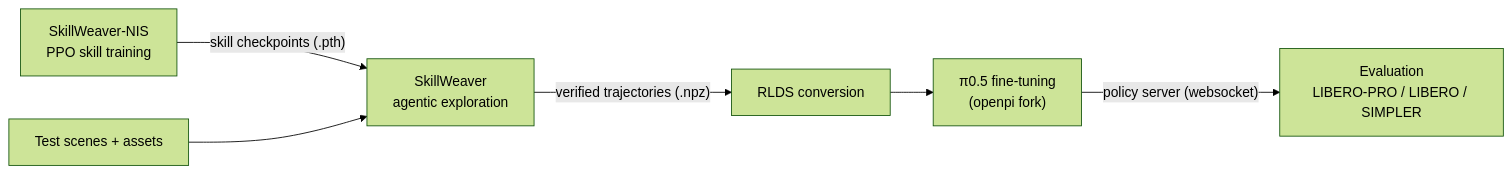
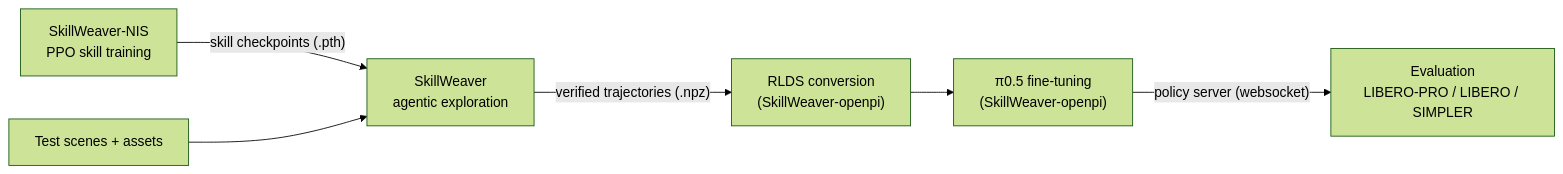
Before and after one commit to Ada4321/SkillWeaver: the diagram in README.md, drawn with Mermaid (forest theme). The commit also changed other lines of this file and 1 other file, not shown here.

Commit message:
Release SkillWeaver-openpi: README news and status, add as a submodule

````diff
--- a/README.md
+++ b/README.md
@@ -68,8 +70,8 @@
 ```mermaid
 flowchart LR
     NIS["SkillWeaver-NIS<br/>PPO skill training"] -- "skill checkpoints (.pth)" --> SW
     DATA["Test scenes + assets"] --> SW
-    SW["SkillWeaver<br/>agentic exploration"] -- "verified trajectories (.npz)" --> CONV["RLDS conversion"]
-    CONV --> TRAIN["π0.5 fine-tuning<br/>(openpi fork)"]
+    SW["SkillWeaver<br/>agentic exploration"] -- "verified trajectories (.npz)" --> CONV["RLDS conversion<br/>(SkillWeaver-openpi)"]
+    CONV --> TRAIN["π0.5 fine-tuning<br/>(SkillWeaver-openpi)"]
     TRAIN -- "policy server (websocket)" --> EVAL["Evaluation<br/>LIBERO-PRO / LIBERO / SIMPLER"]
 ```
````
